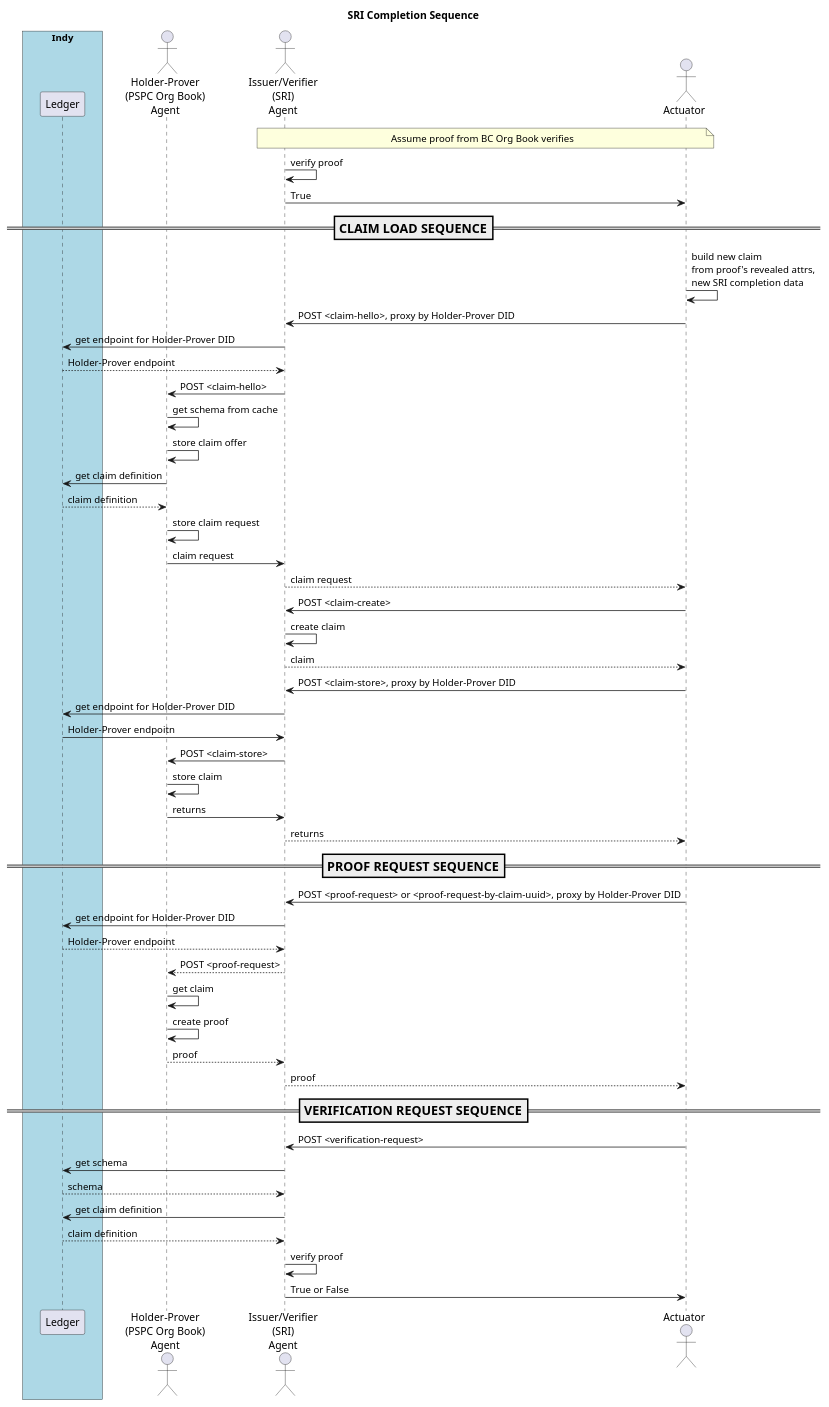
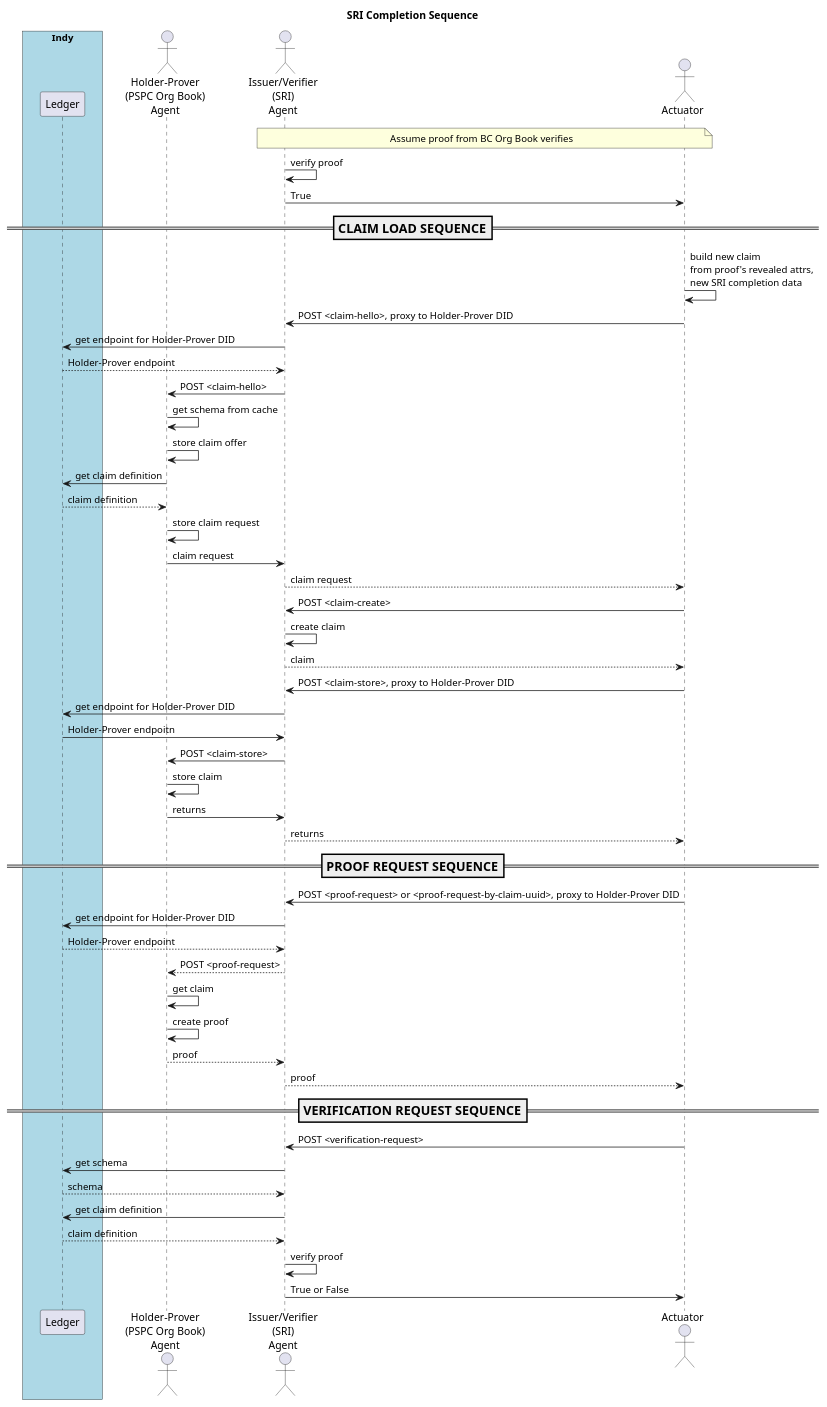
The diagram in doc/pic/src/sri-completion.puml (PSPC-SPAC-buyandsell/von_base), drawn with PlantUML before and after one commit. The commit also changed 20 other files, not shown here.

Commit message:
allow each issuer to originate one schema (or none)

```diff
--- a/doc/pic/src/sri-completion.puml
+++ b/doc/pic/src/sri-completion.puml
@@ -1,83 +1,83 @@
 @startuml
 /'
 Copyright 2017 Government of Canada - Public Services and Procurement Canada - buyandsell.gc.ca
 
 Licensed under the Apache License, Version 2.0 (the "License");
 you may not use this file except in compliance with the License.
 You may obtain a copy of the License at
 
 http://www.apache.org/licenses/LICENSE-2.0
 
 Unless required by applicable law or agreed to in writing, software
 distributed under the License is distributed on an "AS IS" BASIS,
 WITHOUT WARRANTIES OR CONDITIONS OF ANY KIND, either express or implied.
 See the License for the specific language governing permissions and
 limitations under the License.
 '/
 
 skinparam ParticipantPadding 20
 skinparam BoxPadding 20
 
 title SRI Completion Sequence
 
 box "Indy" #LightBlue
     participant "Ledger" as ledger
 endbox
 
 actor "Holder-Prover\n(PSPC Org Book)\nAgent" as obag
 actor "Issuer/Verifier\n(SRI)\nAgent" as sag
 actor "Actuator" as ator
 
 note over sag, ator
 Assume proof from BC Org Book verifies
 endnote
 
 sag -> sag: verify proof
 sag -> ator: True
 
 === CLAIM LOAD SEQUENCE ==
 ator -> ator: build new claim\nfrom proof's revealed attrs,\nnew SRI completion data
 
-ator -> sag: POST <claim-hello>, proxy by Holder-Prover DID
+ator -> sag: POST <claim-hello>, proxy to Holder-Prover DID
 sag -> ledger: get endpoint for Holder-Prover DID
 ledger --> sag: Holder-Prover endpoint
 sag -> obag: POST <claim-hello>
 obag -> obag: get schema from cache
 obag -> obag: store claim offer
 obag -> ledger: get claim definition
 ledger --> obag: claim definition
 obag -> obag: store claim request
 obag -> sag: claim request
 sag --> ator: claim request
 
 ator -> sag: POST <claim-create>
 sag -> sag: create claim
 sag --> ator: claim
-ator -> sag: POST <claim-store>, proxy by Holder-Prover DID
+ator -> sag: POST <claim-store>, proxy to Holder-Prover DID
 sag -> ledger: get endpoint for Holder-Prover DID
 ledger -> sag: Holder-Prover endpoitn
 sag -> obag: POST <claim-store>
 obag -> obag: store claim
 obag -> sag: returns
 sag --> ator: returns
  
 === PROOF REQUEST SEQUENCE ==
-ator -> sag: POST <proof-request> or <proof-request-by-claim-uuid>, proxy by Holder-Prover DID
+ator -> sag: POST <proof-request> or <proof-request-by-claim-uuid>, proxy to Holder-Prover DID
 sag -> ledger: get endpoint for Holder-Prover DID
 ledger --> sag: Holder-Prover endpoint
 sag --> obag: POST <proof-request>
 obag -> obag: get claim
 obag -> obag: create proof
 obag --> sag: proof
 sag --> ator: proof
 
 === VERIFICATION REQUEST SEQUENCE ==
 ator -> sag: POST <verification-request>
 sag -> ledger: get schema
 ledger --> sag: schema
 sag -> ledger: get claim definition
 ledger --> sag: claim definition
 sag -> sag: verify proof
 sag -> ator: True or False
 
 @enduml
```
